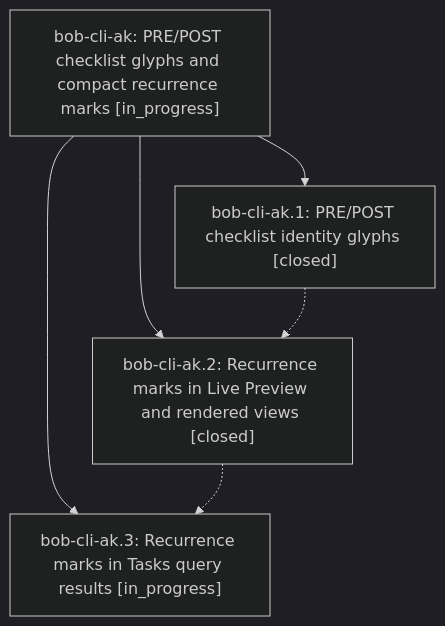
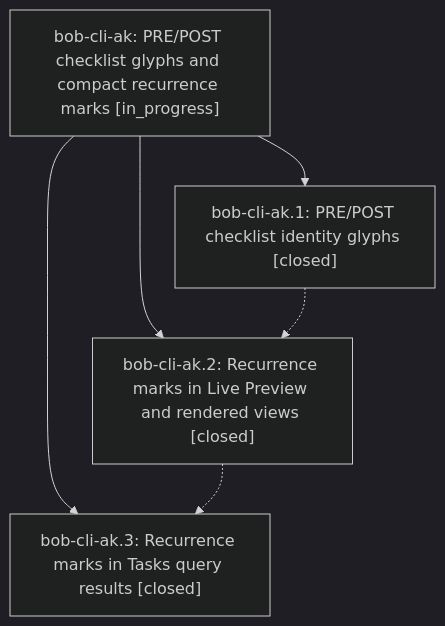
The diagram in pages/bob-cli-ak/README.md (bobs-org/bob-cli--beads), drawn with Mermaid (dark theme) before and after one commit. The commit also changed other lines of this file and 2 other files, not shown here.

First line of the commit message:
chore(beads): sync bead state and pages for bob-cli-ak

````diff
--- a/pages/bob-cli-ak/README.md
+++ b/pages/bob-cli-ak/README.md
@@ -38,12 +38,12 @@
 ```mermaid
 flowchart TD
     n0["bob-cli-ak: PRE/POST checklist glyphs and compact recurrence marks [in_progress]"]
     n1["bob-cli-ak.1: PRE/POST checklist identity glyphs [closed]"]
     n2["bob-cli-ak.2: Recurrence marks in Live Preview and rendered views [closed]"]
-    n3["bob-cli-ak.3: Recurrence marks in Tasks query results [in_progress]"]
+    n3["bob-cli-ak.3: Recurrence marks in Tasks query results [closed]"]
     n0 --> n1
     n0 --> n2
     n0 --> n3
     n1 -.-> n2
     n2 -.-> n3
 ```
````
